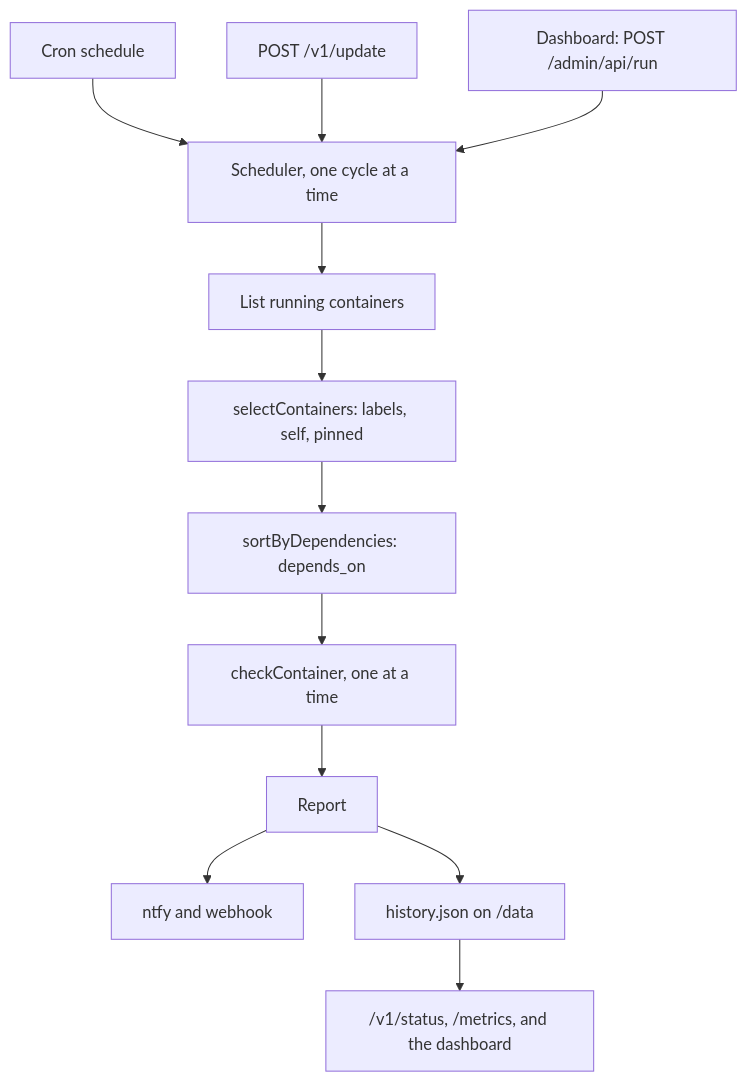
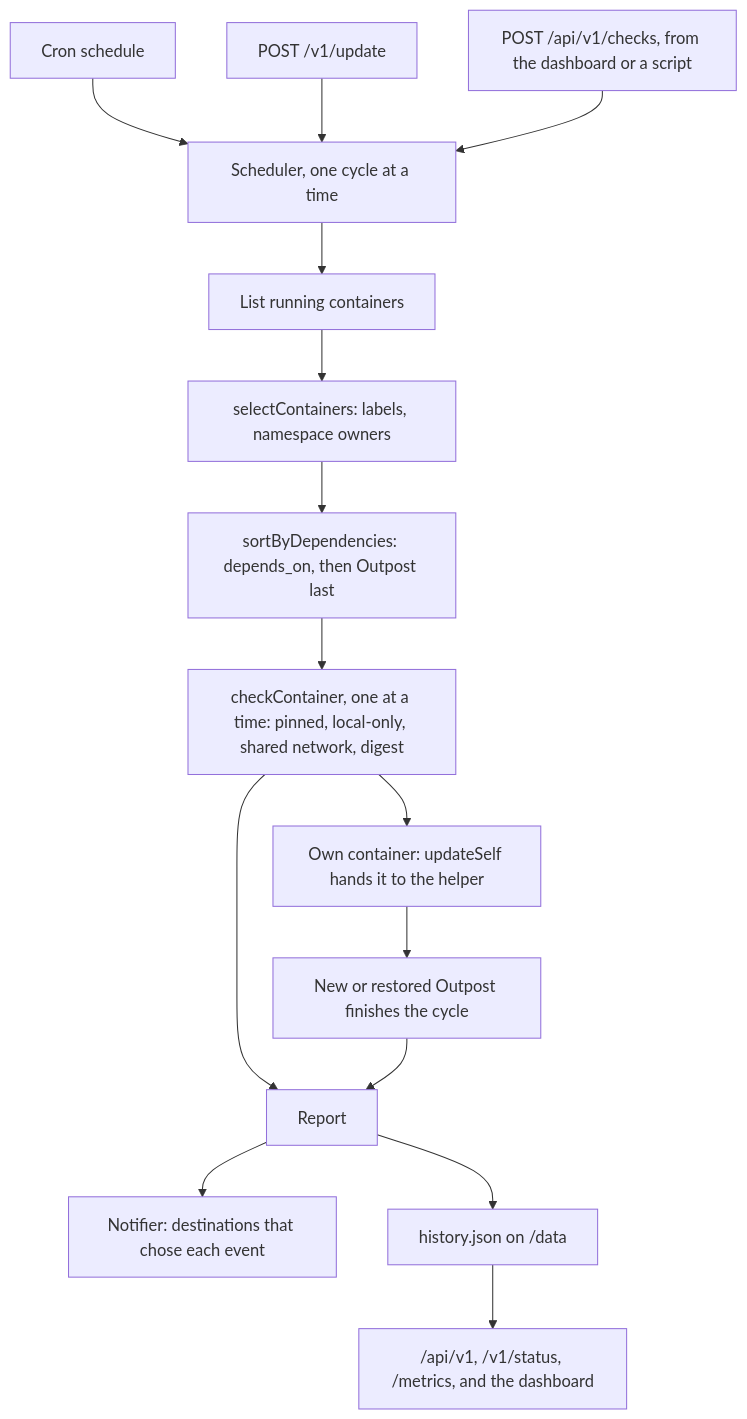
One commit to cbnventures/outpost changed the diagram in apps/docs/docs/reference/architecture.mdx. Above: the diagram before and after it, drawn with Mermaid. The commit also changed other lines of this file and 359 other files, not shown here.

Commit message:
Launch Outpost with a secure dashboard, resilient container updates, and complete self-hosting documentation

````diff
--- a/apps/docs/docs/reference/architecture.mdx
+++ b/apps/docs/docs/reference/architecture.mdx
@@ -37,14 +36,17 @@
 ```mermaid
 flowchart TD
     Cron[Cron schedule] --> Scheduler
     Api[POST /v1/update] --> Scheduler
-    Admin[Dashboard: POST /admin/api/run] --> Scheduler
+    Checks[POST /api/v1/checks, from the dashboard or a script] --> Scheduler
     Scheduler[Scheduler, one cycle at a time] --> List[List running containers]
-    List --> Select[selectContainers: labels, self, pinned]
-    Select --> Sort[sortByDependencies: depends_on]
-    Sort --> Check[checkContainer, one at a time]
+    List --> Select[selectContainers: labels, namespace owners]
+    Select --> Sort[sortByDependencies: depends_on, then Outpost last]
+    Sort --> Check[checkContainer, one at a time: pinned, local-only, shared network, digest]
     Check --> Report[Report]
-    Report --> Notify[ntfy and webhook]
+    Check --> Self[Own container: updateSelf hands it to the helper]
+    Self --> Resume[New or restored Outpost finishes the cycle]
+    Resume --> Report
+    Report --> Notify[Notifier: destinations that chose each event]
     Report --> History["history.json on /data"]
-    History --> Status["/v1/status, /metrics, and the dashboard"]
+    History --> Status["/api/v1, /v1/status, /metrics, and the dashboard"]
 ```
````
